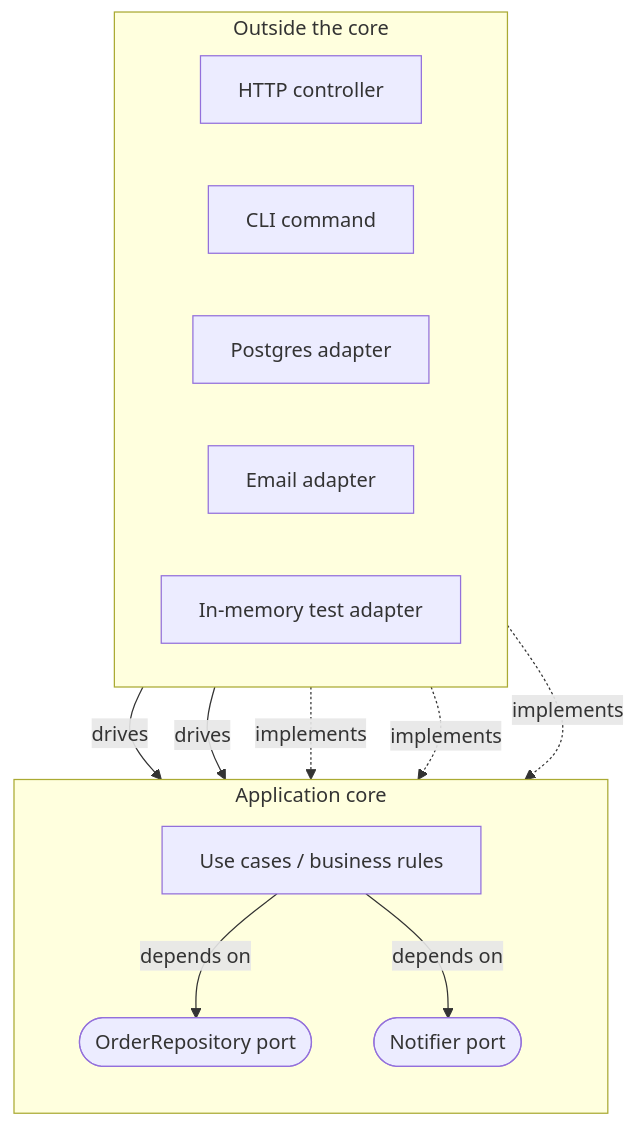
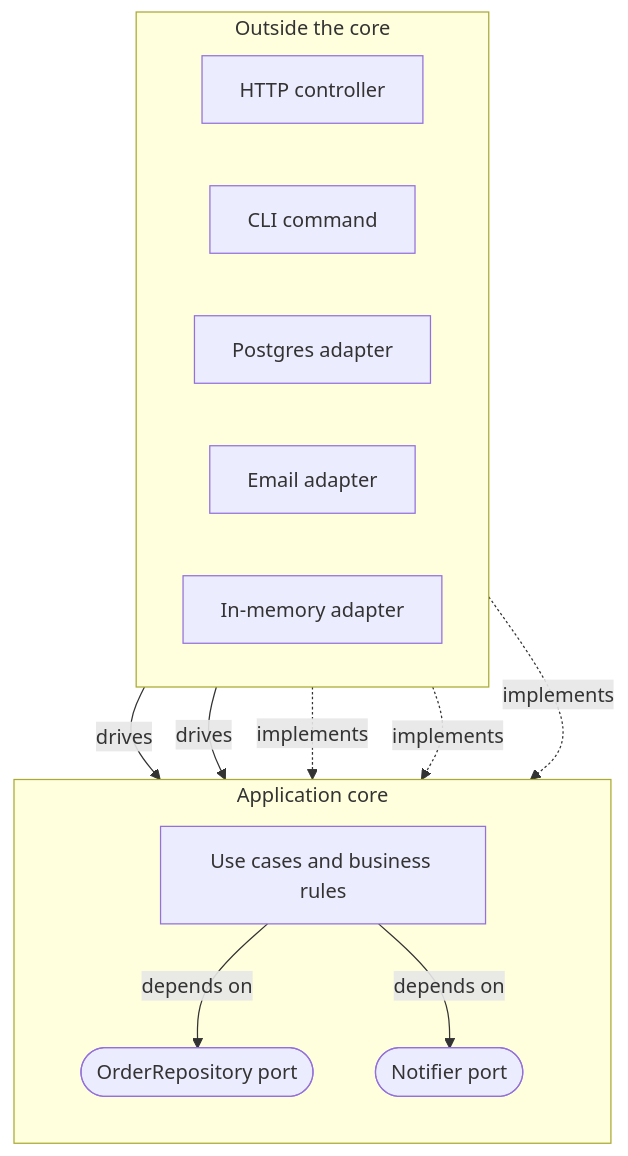
One commit to francoandreDev/knowledge changed the first of 2 diagrams in src/content/architecture/hexagonal-clean-architecture/L2-concept.mdx. Above: the diagram before and after it, drawn with Mermaid. The commit also changed other lines of this file and 17 other files, not shown here.

Commit message:
Migrate architecture batch 2 (hexagonal-clean-architecture, event-driven-architecture, build-vs-buy, adr-governance) to the three-tier exercise model

````diff
--- a/src/content/architecture/hexagonal-clean-architecture/L2-concept.mdx
+++ b/src/content/architecture/hexagonal-clean-architecture/L2-concept.mdx
@@ -23,24 +28,24 @@
 ```mermaid
 flowchart TB
     subgraph Outside["Outside the core"]
         direction LR
         HTTPc["HTTP controller"]
         CLIc["CLI command"]
         PGa["Postgres adapter"]
         Maila["Email adapter"]
-        Mema["In-memory test adapter"]
+        Mema["In-memory adapter"]
     end
     subgraph Core["Application core"]
         direction TB
-        UC["Use cases / business rules"]
+        UC["Use cases and business rules"]
         P1(["OrderRepository port"])
         P2(["Notifier port"])
     end
     HTTPc -->|drives| UC
     CLIc -->|drives| UC
     UC -->|depends on| P1
     UC -->|depends on| P2
     PGa -.->|implements| P1
     Mema -.->|implements| P1
     Maila -.->|implements| P2
 ```
````
